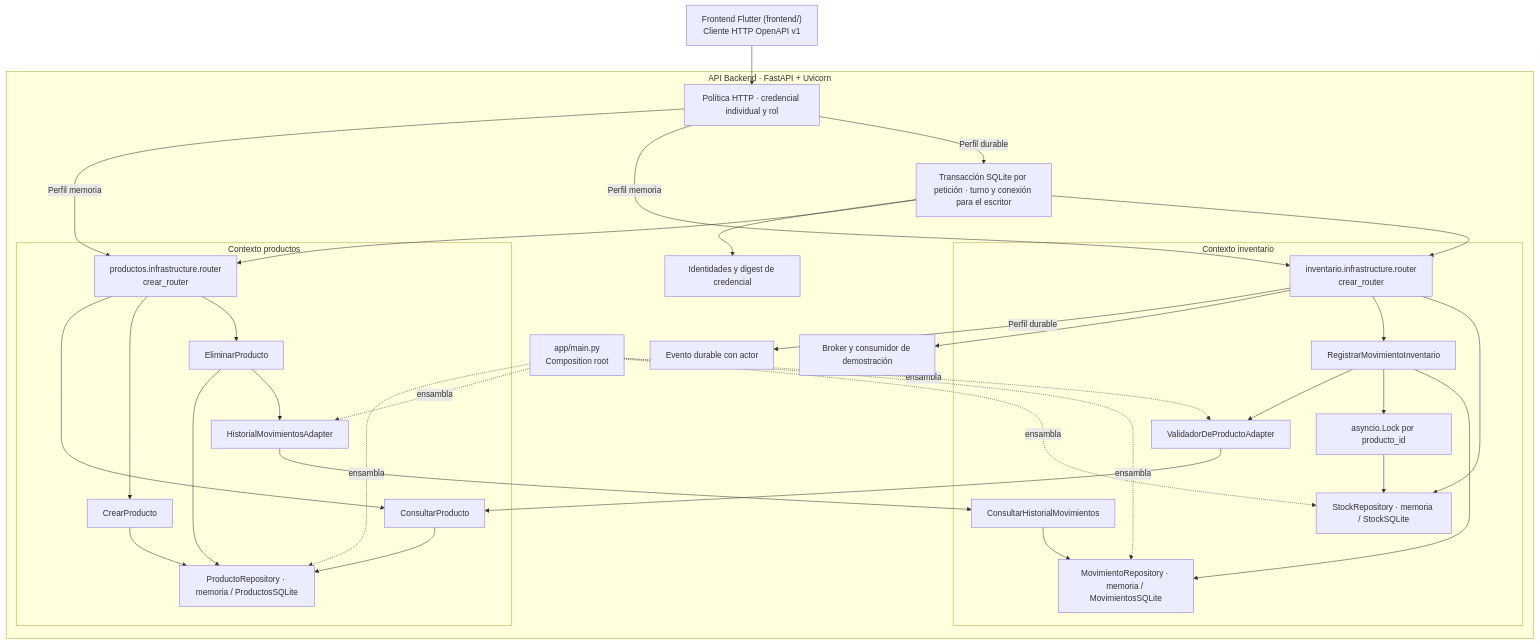
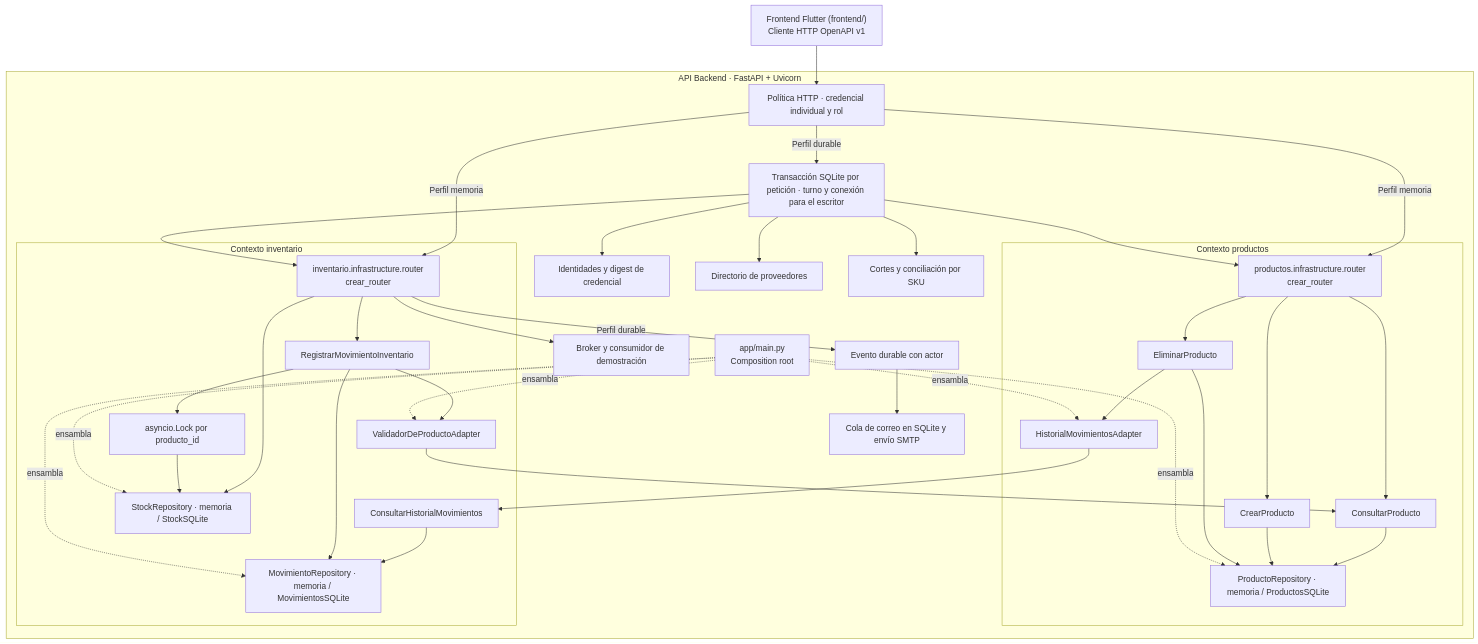
The diagram in docs/c4/components.md (ISCOUTB/AS_202620_InvenTrack), drawn with Mermaid before and after one commit. The commit also changed other lines of this file and 31 other files, not shown here.

````diff
--- a/docs/c4/components.md
+++ b/docs/c4/components.md
@@ -6,63 +6,69 @@
 ```mermaid
 flowchart TB
     Client["Frontend Flutter (frontend/)\nCliente HTTP OpenAPI v1"]
 
     subgraph API["API Backend · FastAPI + Uvicorn"]
         subgraph Productos["Contexto productos"]
             ProdRouter["productos.infrastructure.router\ncrear_router"]
             Crear["CrearProducto"]
             Consultar["ConsultarProducto"]
             Eliminar["EliminarProducto"]
             ProductoRepo["ProductoRepository · memoria / ProductosSQLite"]
             Historial["HistorialMovimientosAdapter"]
         end
 
         subgraph Inventario["Contexto inventario"]
             InvRouter["inventario.infrastructure.router\ncrear_router"]
             Registrar["RegistrarMovimientoInventario"]
             ConsultarHistorial["ConsultarHistorialMovimientos"]
             StockRepo["StockRepository · memoria / StockSQLite"]
             MovimientoRepo["MovimientoRepository · memoria / MovimientosSQLite"]
             Validador["ValidadorDeProductoAdapter"]
             Lock["asyncio.Lock por producto_id"]
         end
 
         Root["app/main.py\nComposition root"]
 
         Acceso["Política HTTP · credencial individual y rol"]
         Tx["Transacción SQLite por petición · turno y conexión para el escritor"]
         Usuarios["Identidades y digest de credencial"]
         Auditoria["Evento durable con actor"]
+        Directorio["Directorio de proveedores"]
+        Corte["Cortes y conciliación por SKU"]
+        Correo["Cola de correo en SQLite y envío SMTP"]
         Broker["Broker y consumidor de demostración"]
     end
     Client --> Acceso
     Acceso -->|Perfil memoria| ProdRouter
     Acceso -->|Perfil memoria| InvRouter
     Acceso -->|Perfil durable| Tx
+    Tx --> Directorio
+    Tx --> Corte
+    Auditoria --> Correo
     Tx --> Usuarios
     Tx --> ProdRouter
     Tx --> InvRouter
     InvRouter -->|Perfil durable| Auditoria
     InvRouter --> Broker
     ProdRouter --> Consultar
     Consultar --> ProductoRepo
     ProdRouter --> Crear
     ProdRouter --> Eliminar
     Crear --> ProductoRepo
     Eliminar --> ProductoRepo
     Eliminar --> Historial
     Historial --> ConsultarHistorial
     ConsultarHistorial --> MovimientoRepo
     InvRouter --> Registrar
     InvRouter --> StockRepo
     Registrar --> Validador
     Registrar --> Lock
     Lock --> StockRepo
     Registrar --> MovimientoRepo
     Validador --> Consultar
     Root -. ensambla .-> ProductoRepo
     Root -. ensambla .-> StockRepo
     Root -. ensambla .-> MovimientoRepo
     Root -. ensambla .-> Historial
     Root -. ensambla .-> Validador
 ```
````
